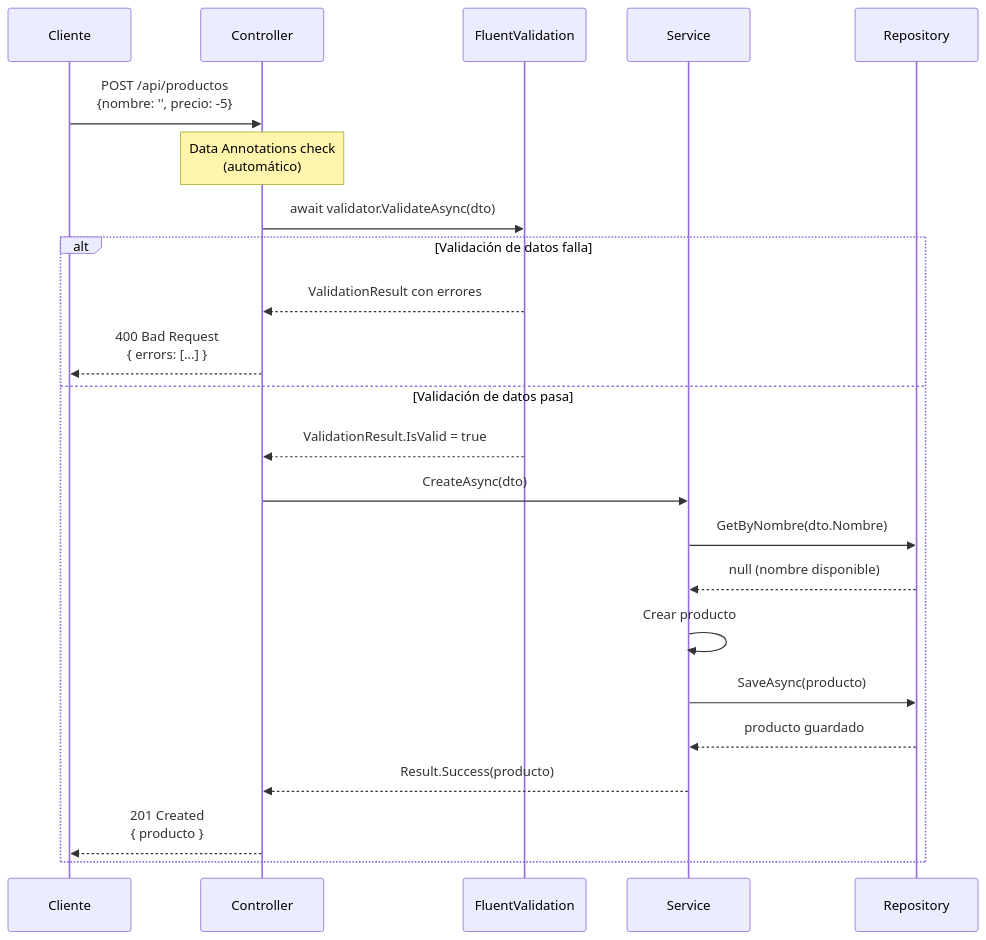
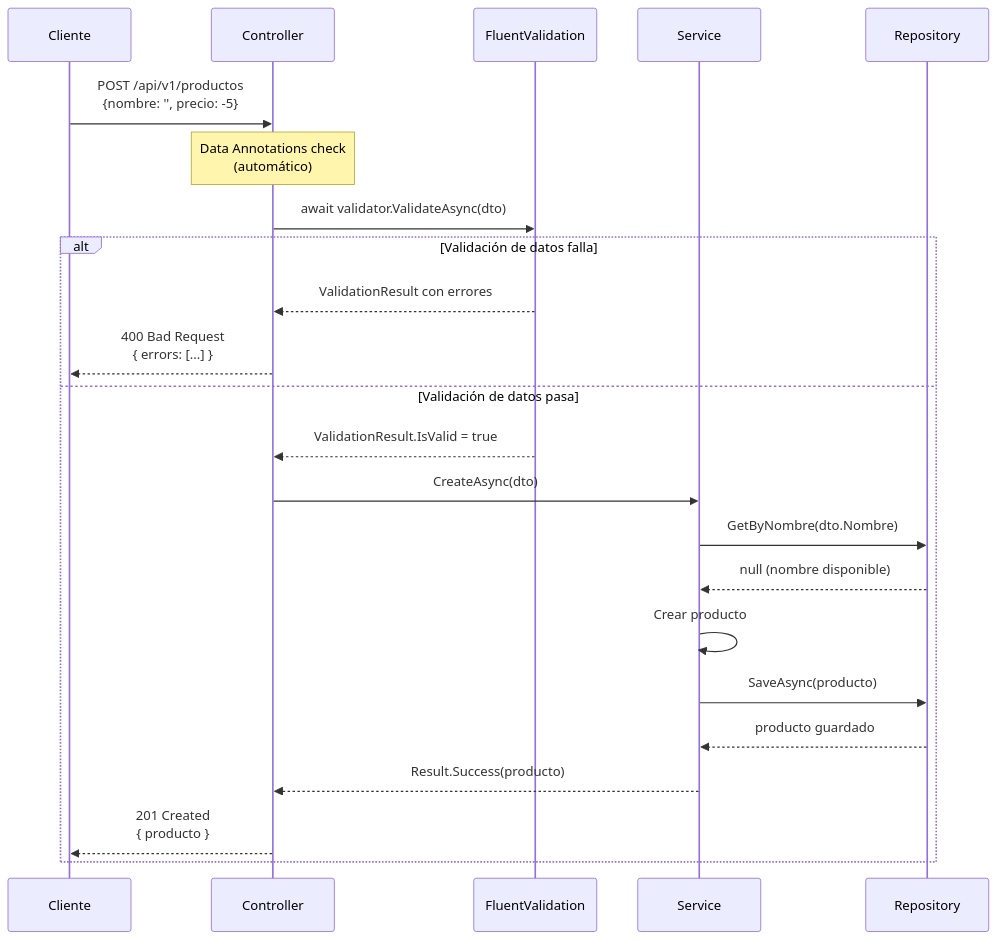
One commit to joseluisgs/TiendaDawApi-NetCore changed the second of 4 diagrams in doc/05-validacion-cascada.md. Above: the diagram before and after it, drawn with Mermaid. The commit also changed other lines of this file and 237 other files, not shown here.

````diff
--- a/doc/05-validacion-cascada.md
+++ b/doc/05-validacion-cascada.md
@@ -61,32 +61,32 @@
 ```mermaid
 sequenceDiagram
     participant C as Cliente
     participant Ctrl as Controller
     participant FV as FluentValidation
     participant Svc as Service
     participant Repo as Repository
     
-    C->>Ctrl: POST /api/productos<br/>{nombre: '', precio: -5}
+    C->>Ctrl: POST /api/v1/productos<br/>{nombre: '', precio: -5}
     
     Note over Ctrl: Data Annotations check<br/>(automático)
     
     Ctrl->>FV: await validator.ValidateAsync(dto)
     
     alt Validación de datos falla
         FV-->>Ctrl: ValidationResult con errores
         Ctrl-->>C: 400 Bad Request<br/>{ errors: [...] }
     else Validación de datos pasa
         FV-->>Ctrl: ValidationResult.IsValid = true
         Ctrl->>Svc: CreateAsync(dto)
         
         Svc->>Repo: GetByNombre(dto.Nombre)
         Repo-->>Svc: null (nombre disponible)
         
         Svc->>Svc: Crear producto
         Svc->>Repo: SaveAsync(producto)
         Repo-->>Svc: producto guardado
         
         Svc-->>Ctrl: Result.Success(producto)
         Ctrl-->>C: 201 Created<br/>{ producto }
     end
 ```
````
